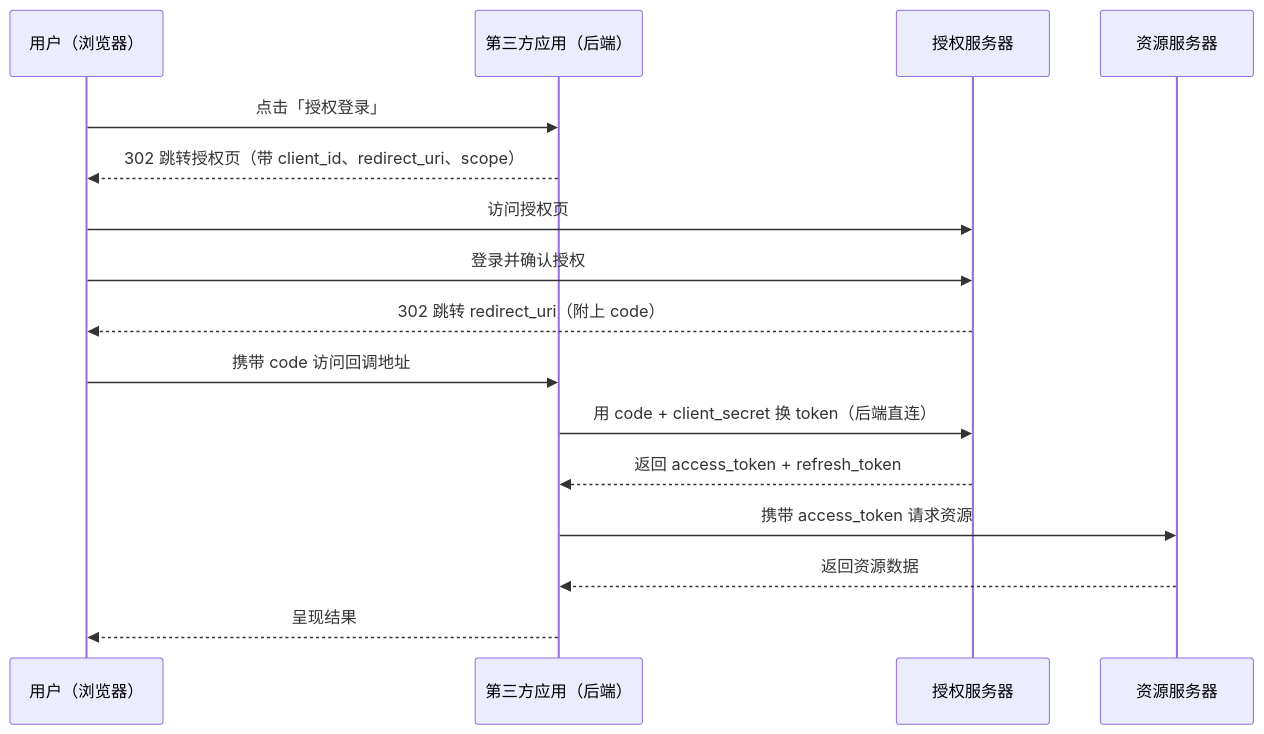
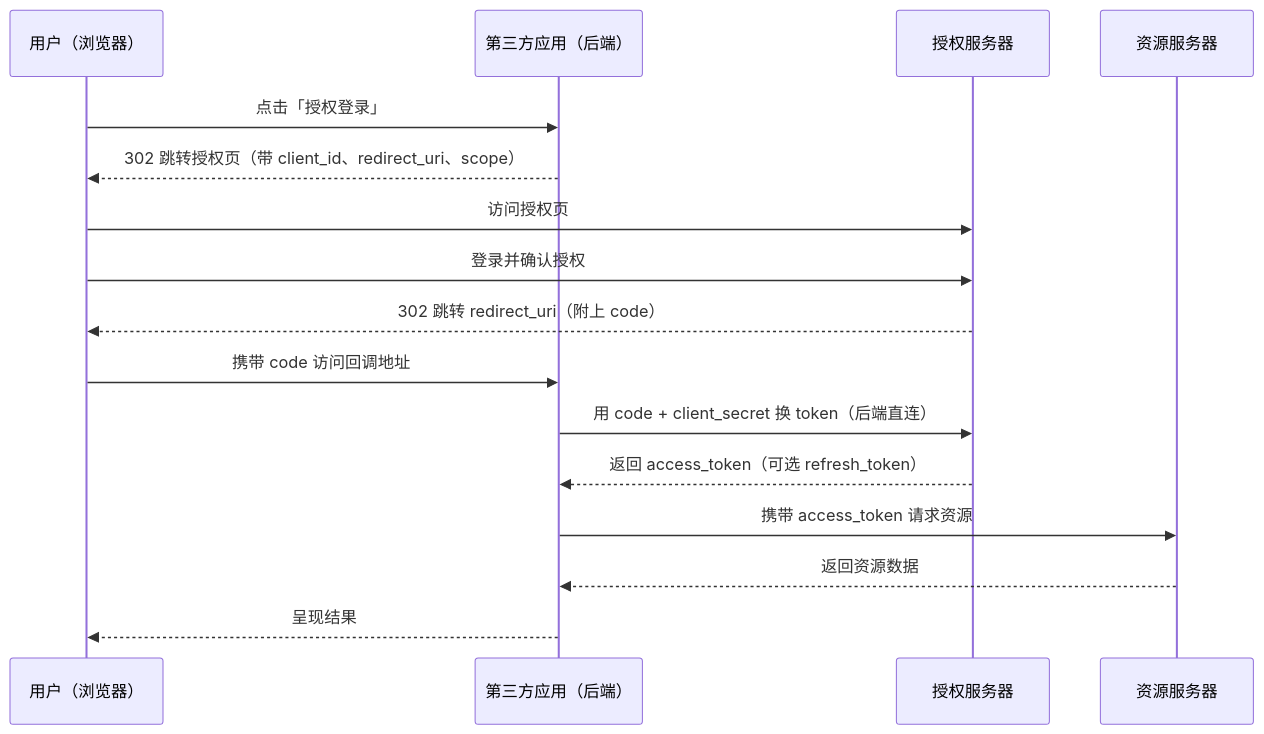
One commit to Nicander93/oauth-demo changed the first of 5 diagrams in docs/1、oauth.md. Above: the diagram before and after it, drawn with Mermaid. The commit also changed other lines of this file and 94 other files, not shown here.

````diff
--- a/docs/1、oauth.md
+++ b/docs/1、oauth.md
@@ -60,19 +60,19 @@
 ```mermaid
 sequenceDiagram
     participant U as 用户（浏览器）
     participant C as 第三方应用（后端）
     participant A as 授权服务器
     participant R as 资源服务器
 
     U->>C: 点击「授权登录」
     C-->>U: 302 跳转授权页（带 client_id、redirect_uri、scope）
     U->>A: 访问授权页
     U->>A: 登录并确认授权
     A-->>U: 302 跳转 redirect_uri（附上 code）
     U->>C: 携带 code 访问回调地址
     C->>A: 用 code + client_secret 换 token（后端直连）
-    A-->>C: 返回 access_token + refresh_token
+    A-->>C: 返回 access_token（可选 refresh_token）
     C->>R: 携带 access_token 请求资源
     R-->>C: 返回资源数据
     C-->>U: 呈现结果
 ```
````
